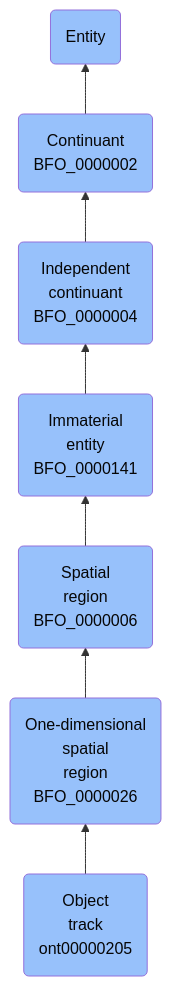
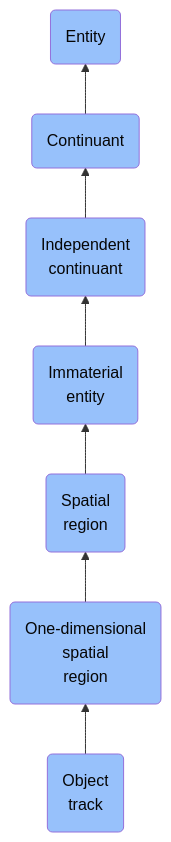
One commit to jupyter-naas/abi changed the diagram in docs/ontology/reference/model/Entity/Continuant/Independent continuant/Immaterial entity/Spatial region/One-dimensional spatial region/Object track/Object track.md. Above: the diagram before and after it, drawn with Mermaid. The commit also changed other lines of this file and 1430 other files, not shown here.

````diff
--- a/docs/ontology/reference/model/Entity/Continuant/Independent continuant/Immaterial entity/Spatial region/One-dimensional spatial region/Object track/Object track.md
+++ b/docs/ontology/reference/model/Entity/Continuant/Independent continuant/Immaterial entity/Spatial region/One-dimensional spatial region/Object track/Object track.md
@@ -24,14 +24,14 @@
 ```mermaid
 graph BT
-    ont00000205(Object<br>track<br>ont00000205):::BFO-->BFO_0000026
-    BFO_0000026(One-dimensional<br>spatial<br>region<br>BFO_0000026):::BFO-->BFO_0000006
-    BFO_0000006(Spatial<br>region<br>BFO_0000006):::BFO-->BFO_0000141
-    BFO_0000141(Immaterial<br>entity<br>BFO_0000141):::BFO-->BFO_0000004
-    BFO_0000004(Independent<br>continuant<br>BFO_0000004):::BFO-->BFO_0000002
-    BFO_0000002(Continuant<br>BFO_0000002):::BFO-->BFO_0000001
+    ont00000205(Object<br>track):::BFO-->BFO_0000026
+    BFO_0000026(One-dimensional<br>spatial<br>region):::BFO-->BFO_0000006
+    BFO_0000006(Spatial<br>region):::BFO-->BFO_0000141
+    BFO_0000141(Immaterial<br>entity):::BFO-->BFO_0000004
+    BFO_0000004(Independent<br>continuant):::BFO-->BFO_0000002
+    BFO_0000002(Continuant):::BFO-->BFO_0000001
     BFO_0000001(Entity):::BFO
     
     classDef BFO fill:#97c1fb,color:#060606
     classDef CCO fill:#e4c51e,color:#060606
     classDef ABI fill:#48DD82,color:#060606
 ```
````
